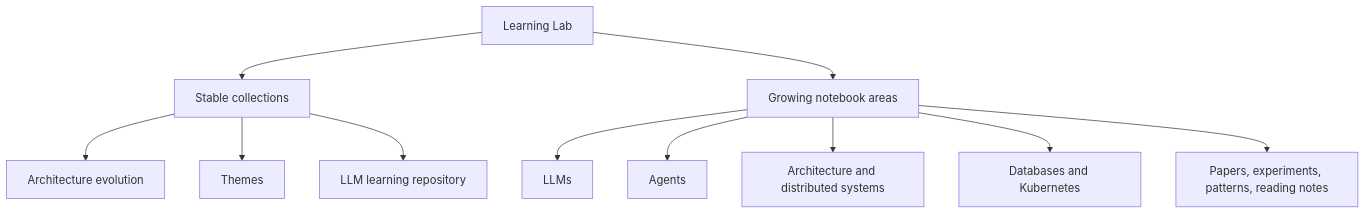
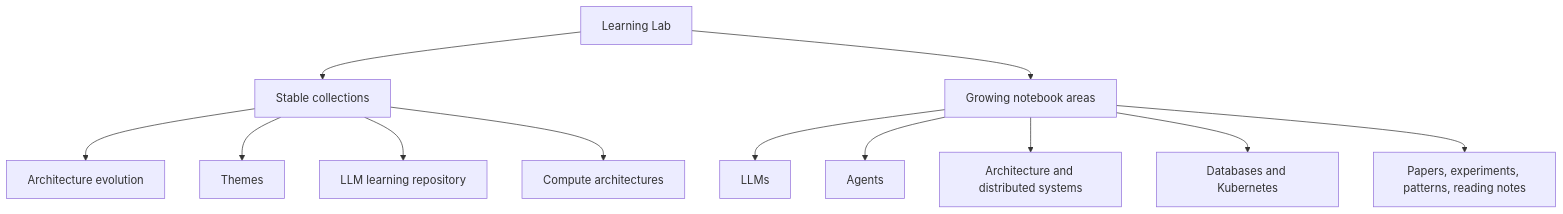
The diagram in README.md (niyama-admin/learning-lab), drawn with Mermaid before and after one commit. The commit also changed other lines of this file and 27 other files, not shown here.

Commit message:
add-compute-architecture-curriculum

````diff
--- a/README.md
+++ b/README.md
@@ -30,13 +31,14 @@
 ```mermaid
 flowchart TB
   LAB[Learning Lab] --> CORE[Stable collections]
   LAB --> AREAS[Growing notebook areas]
   CORE --> AE[Architecture evolution]
   CORE --> TH[Themes]
   CORE --> LR[LLM learning repository]
+  CORE --> COMPUTE[Compute architectures]
   AREAS --> LLM[LLMs]
   AREAS --> AG[Agents]
   AREAS --> SYS[Architecture and distributed systems]
   AREAS --> DATA[Databases and Kubernetes]
   AREAS --> PRACTICE[Papers, experiments, patterns, reading notes]
 ```
````
